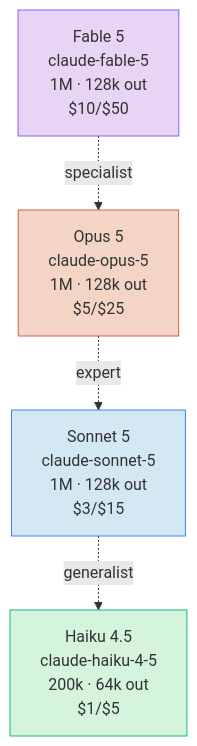
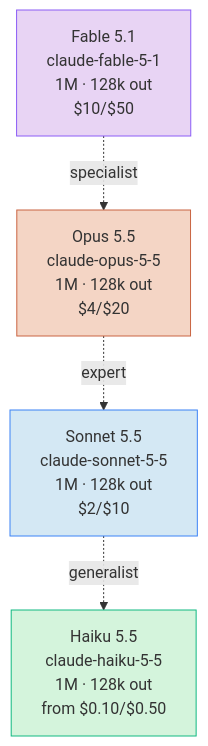
The diagram in claude-capabilities/models/overview.md (dukegod/ai-handbook), drawn with Mermaid before and after one commit. The commit also changed other lines of this file and 20 other files, not shown here.

````diff
--- a/claude-capabilities/models/overview.md
+++ b/claude-capabilities/models/overview.md
@@ -35,16 +36,16 @@
 ```mermaid
 flowchart TD
-  Fable[Fable 5<br/>claude-fable-5<br/>1M · 128k out<br/>$10/$50]
-  Opus[Opus 5<br/>claude-opus-5<br/>1M · 128k out<br/>$5/$25]
-  Sonnet[Sonnet 5<br/>claude-sonnet-5<br/>1M · 128k out<br/>$3/$15]
-  Haiku[Haiku 4.5<br/>claude-haiku-4-5<br/>200k · 64k out<br/>$1/$5]
+  Fable[Fable 5.1<br/>claude-fable-5-1<br/>1M · 128k out<br/>$10/$50]
+  Opus[Opus 5.5<br/>claude-opus-5-5<br/>1M · 128k out<br/>$4/$20]
+  Sonnet[Sonnet 5.5<br/>claude-sonnet-5-5<br/>1M · 128k out<br/>$2/$10]
+  Haiku[Haiku 5.5<br/>claude-haiku-5-5<br/>1M · 128k out<br/>from $0.10/$0.50]
 
   Fable -. specialist .-> Opus
   Opus -. expert .-> Sonnet
   Sonnet -. generalist .-> Haiku
 
   style Fable fill:#e8d4f4,stroke:#8b5cf6
   style Opus fill:#f4d5c5,stroke:#c96442
   style Sonnet fill:#d4e8f4,stroke:#3b82f6
   style Haiku fill:#d4f4dc,stroke:#10b981
 ```
````
